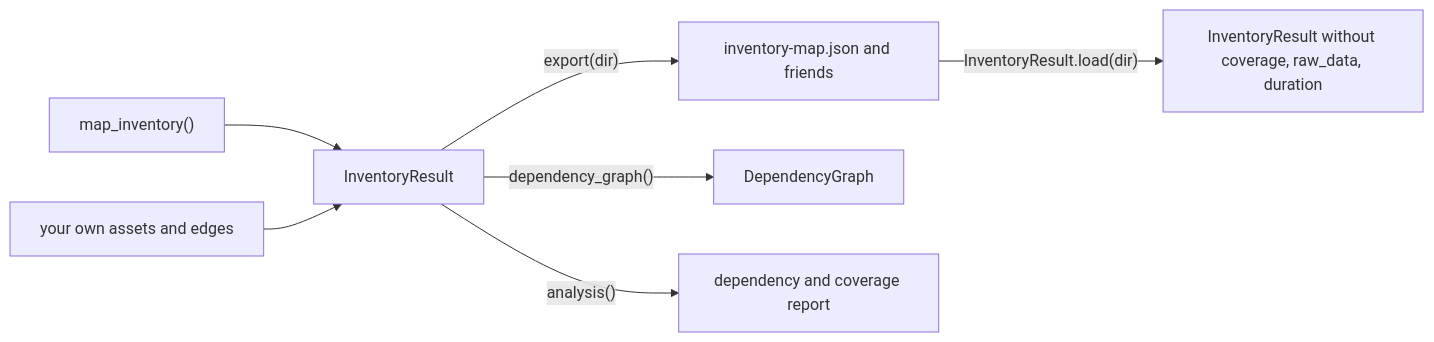
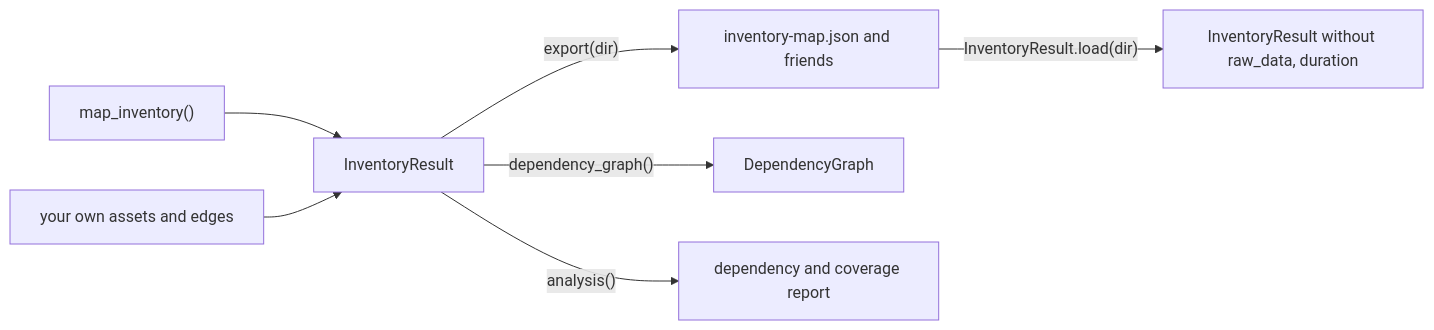
One commit to morpheuslord/cloudg changed the diagram in site/content/api/inventoryresult.md. Above: the diagram before and after it, drawn with Mermaid. The commit also changed other lines of this file and 51 other files, not shown here.

````diff
--- a/site/content/api/inventoryresult.md
+++ b/site/content/api/inventoryresult.md
@@ -11,9 +11,9 @@
 ```mermaid caption="An inventory map's round trip through the file system"
 flowchart LR
   M["map_inventory()"] --> R["InventoryResult"]
   Y["your own assets and edges"] --> R
   R -->|"export(dir)"| F["inventory-map.json and friends"]
-  F -->|"InventoryResult.load(dir)"| L["InventoryResult without coverage, raw_data, duration"]
+  F -->|"InventoryResult.load(dir)"| L["InventoryResult without raw_data, duration"]
   R -->|"dependency_graph()"| G["DependencyGraph"]
   R -->|"analysis()"| A["dependency and coverage report"]
 ```
````
